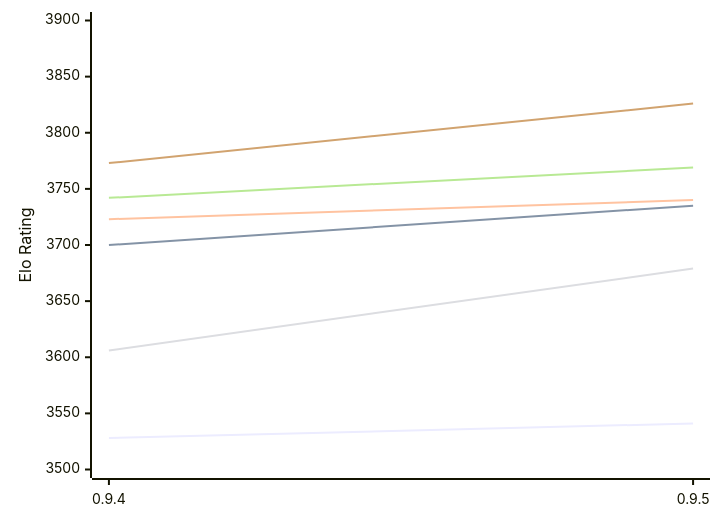
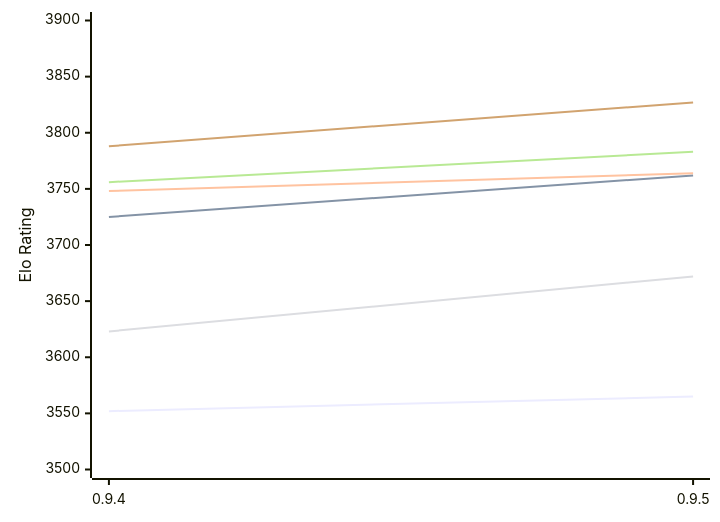
One commit to computer-chess-index/cci changed the first of 2 diagrams in engines/Coda.md. Above: the diagram before and after it, drawn with Mermaid. The commit also changed other lines of this file, not shown here.

Commit message:
Update CCI Ratings (ELO VLTC) - 2026-10-24

````diff
--- a/engines/Coda.md
+++ b/engines/Coda.md
@@ -52,12 +52,12 @@
 ```mermaid
 %%{init: {"theme":"base","themeVariables":{"seriesColors:['#a3a3a3','#222221','#faa371']}}}%%
 xychart-beta
   x-axis ["0.9.4", "0.9.5"]
   y-axis "Elo Rating" 3500 --> 3900
-  line "E1: STC (8.0+0.08s)" [3528, 3541]
-  line "E1: LTC (60.0+0.60s)" [3700, 3735]
-  line "E1: VLTC (2m24s+1.12s)" [3723, 3740]
-  line "P1: STC (8.0+0.08s)" [3606, 3679]
-  line "P1: LTC (60.0+0.60s)" [3742, 3769]
-  line "P1: VLTC (2m24s+1.12s)" [3773, 3826]
+  line "E1: STC (8.0+0.08s)" [3552, 3565]
+  line "E1: LTC (60.0+0.60s)" [3725, 3762]
+  line "E1: VLTC (2m24s+1.12s)" [3748, 3764]
+  line "P1: STC (8.0+0.08s)" [3623, 3672]
+  line "P1: LTC (60.0+0.60s)" [3756, 3783]
+  line "P1: VLTC (2m24s+1.12s)" [3788, 3827]
 ```
````
